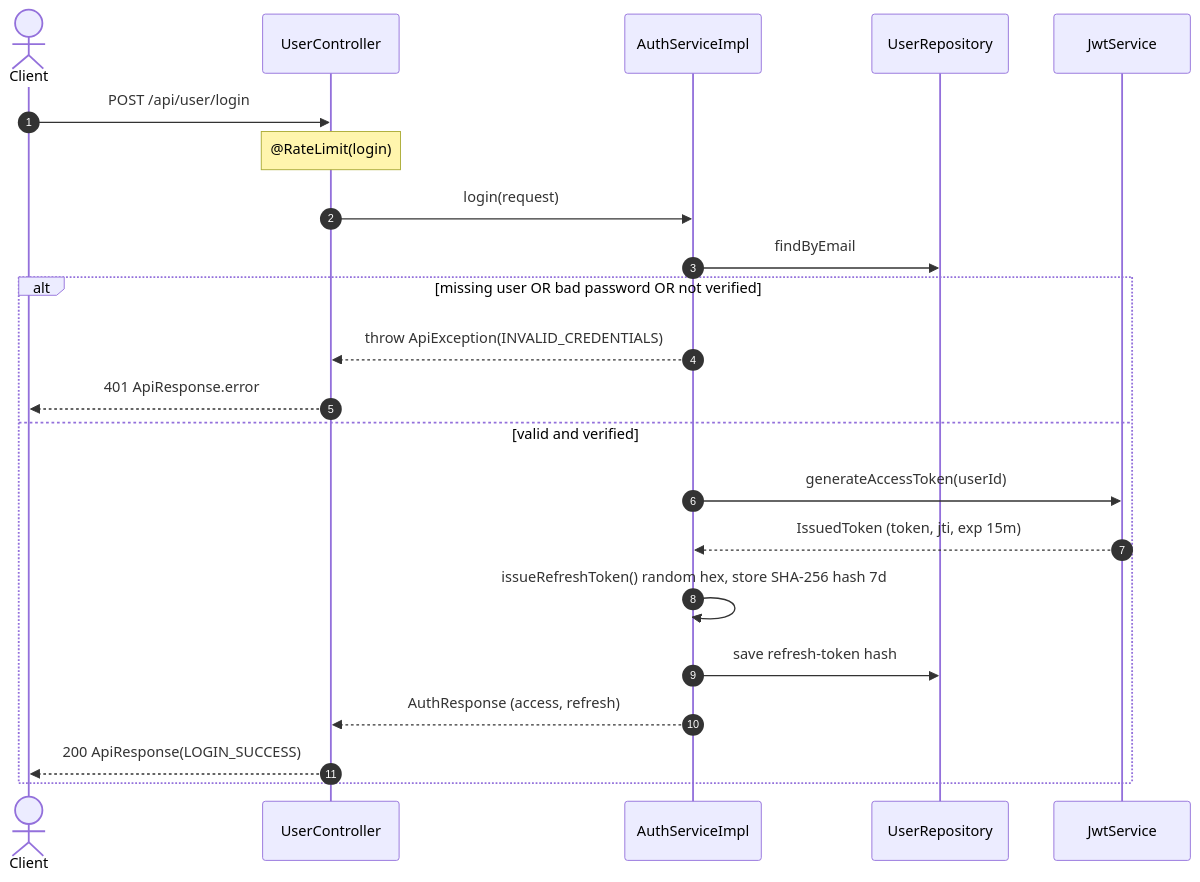
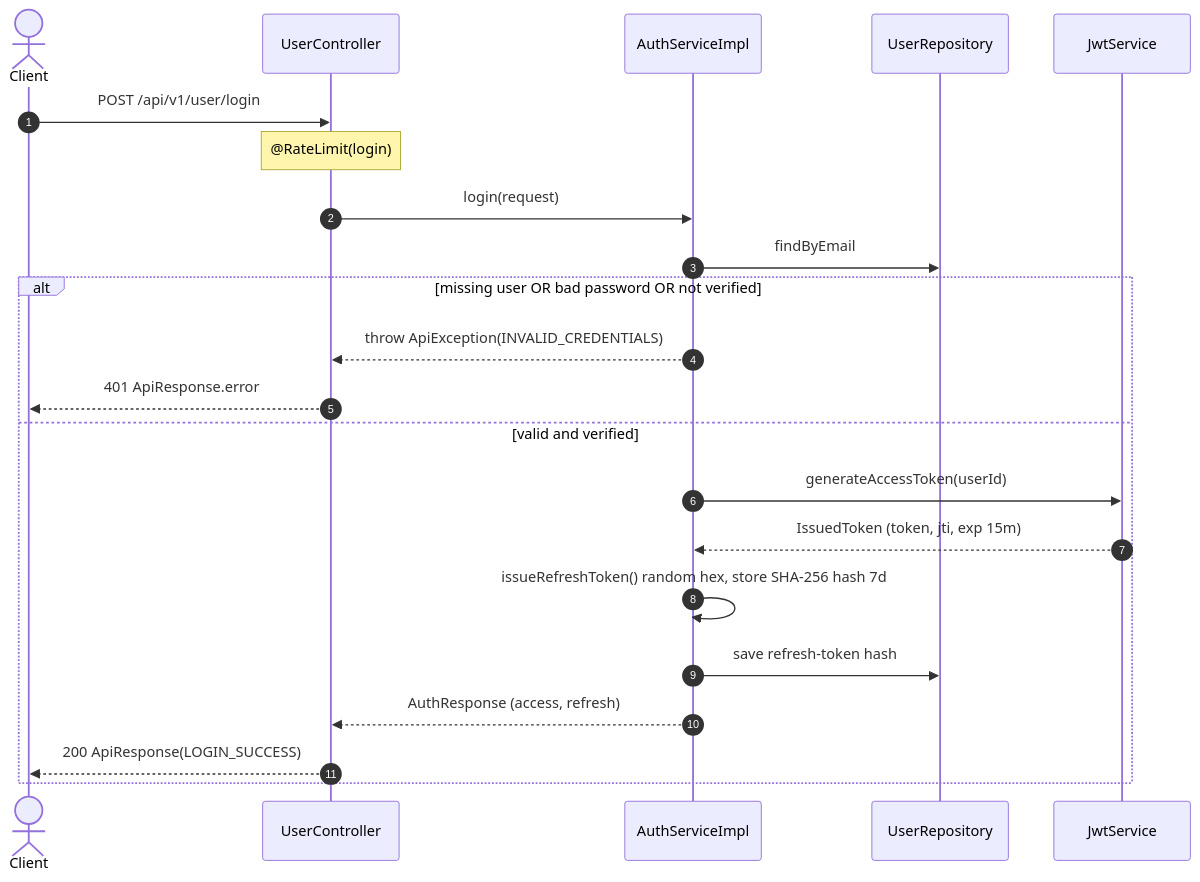
Before and after one commit to aman-q/spiring_car_hub-: the third of 7 diagrams in ARCHITECTURE.md, drawn with Mermaid. The commit also changed other lines of this file and 34 other files, not shown here.

````diff
--- a/ARCHITECTURE.md
+++ b/ARCHITECTURE.md
@@ -232,25 +232,25 @@
 ```mermaid
 sequenceDiagram
     autonumber
     actor C as Client
     participant UC as UserController
     participant AS as AuthServiceImpl
     participant UR as UserRepository
     participant JS as JwtService
 
-    C->>UC: POST /api/user/login
+    C->>UC: POST /api/v1/user/login
     Note over UC: @RateLimit(login)
     UC->>AS: login(request)
     AS->>UR: findByEmail
     alt missing user OR bad password OR not verified
         AS-->>UC: throw ApiException(INVALID_CREDENTIALS)
         UC-->>C: 401 ApiResponse.error
     else valid and verified
         AS->>JS: generateAccessToken(userId)
         JS-->>AS: IssuedToken (token, jti, exp 15m)
         AS->>AS: issueRefreshToken() random hex, store SHA-256 hash 7d
         AS->>UR: save refresh-token hash
         AS-->>UC: AuthResponse (access, refresh)
         UC-->>C: 200 ApiResponse(LOGIN_SUCCESS)
     end
 ```
````
